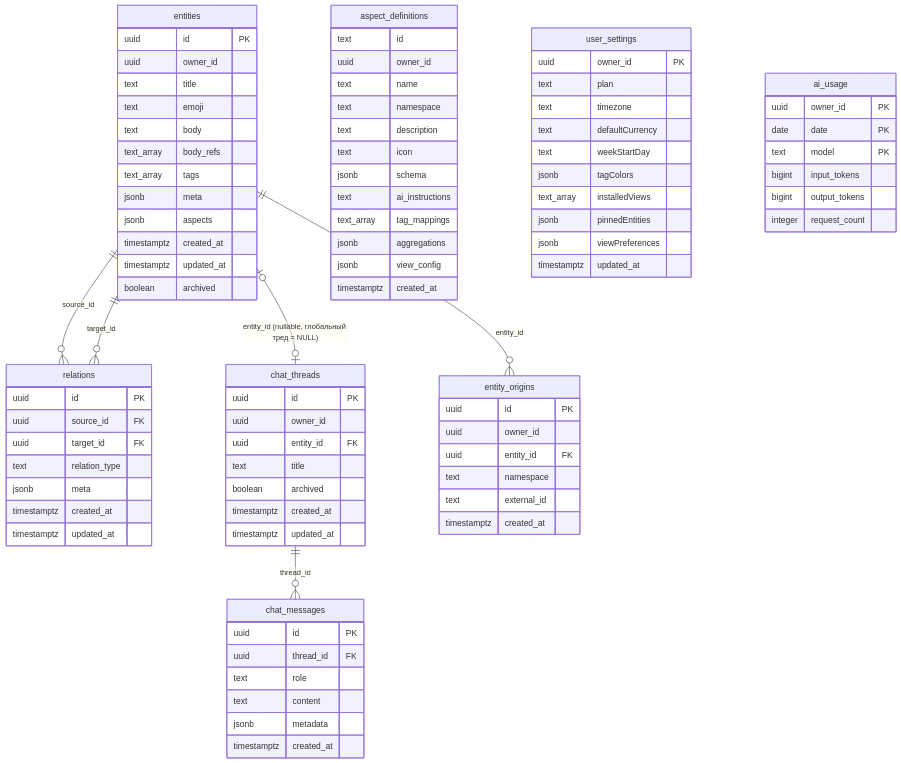
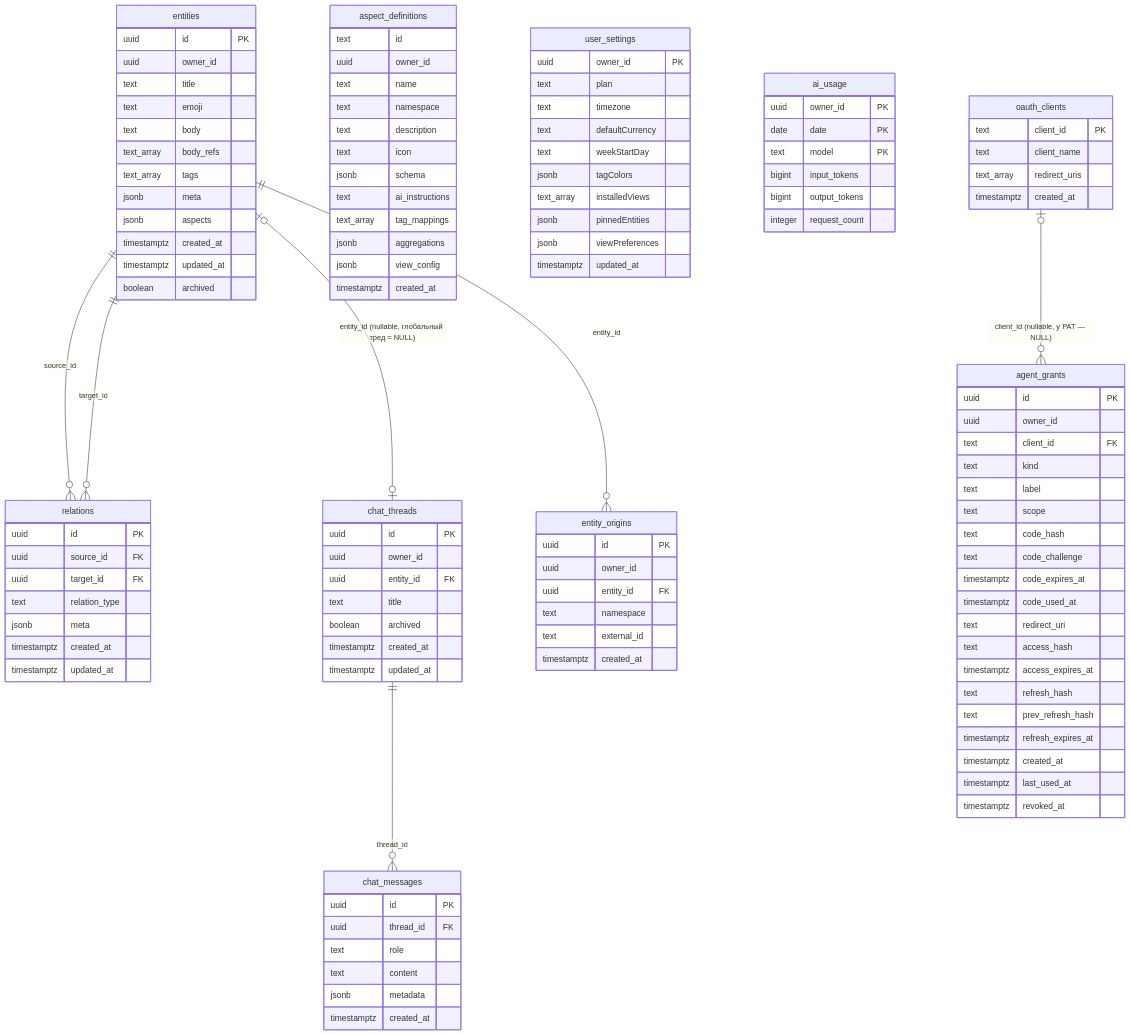
The eighth of 8 diagrams in docs/implementation/00-architecture.md (qvenge/orbis), drawn with Mermaid before and after one commit. The commit also changed other lines of this file and 9 other files, not shown here.

````diff
--- a/docs/implementation/00-architecture.md
+++ b/docs/implementation/00-architecture.md
@@ -416,9 +416,39 @@
         timestamptz created_at
     }
 
+    oauth_clients {
+        text client_id PK
+        text client_name
+        text_array redirect_uris
+        timestamptz created_at
+    }
+
+    agent_grants {
+        uuid id PK
+        uuid owner_id
+        text client_id FK
+        text kind
+        text label
+        text scope
+        text code_hash
+        text code_challenge
+        timestamptz code_expires_at
+        timestamptz code_used_at
+        text redirect_uri
+        text access_hash
+        timestamptz access_expires_at
+        text refresh_hash
+        text prev_refresh_hash
+        timestamptz refresh_expires_at
+        timestamptz created_at
+        timestamptz last_used_at
+        timestamptz revoked_at
+    }
+
     entities ||--o{ relations : "source_id"
     entities ||--o{ relations : "target_id"
     entities ||--o{ entity_origins : "entity_id"
     entities |o--o| chat_threads : "entity_id (nullable, глобальный тред = NULL)"
     chat_threads ||--o{ chat_messages : "thread_id"
+    oauth_clients |o--o{ agent_grants : "client_id (nullable, у PAT — NULL)"
 ```
````
